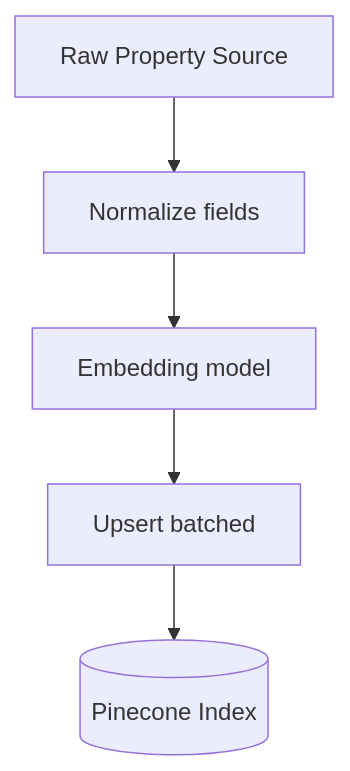
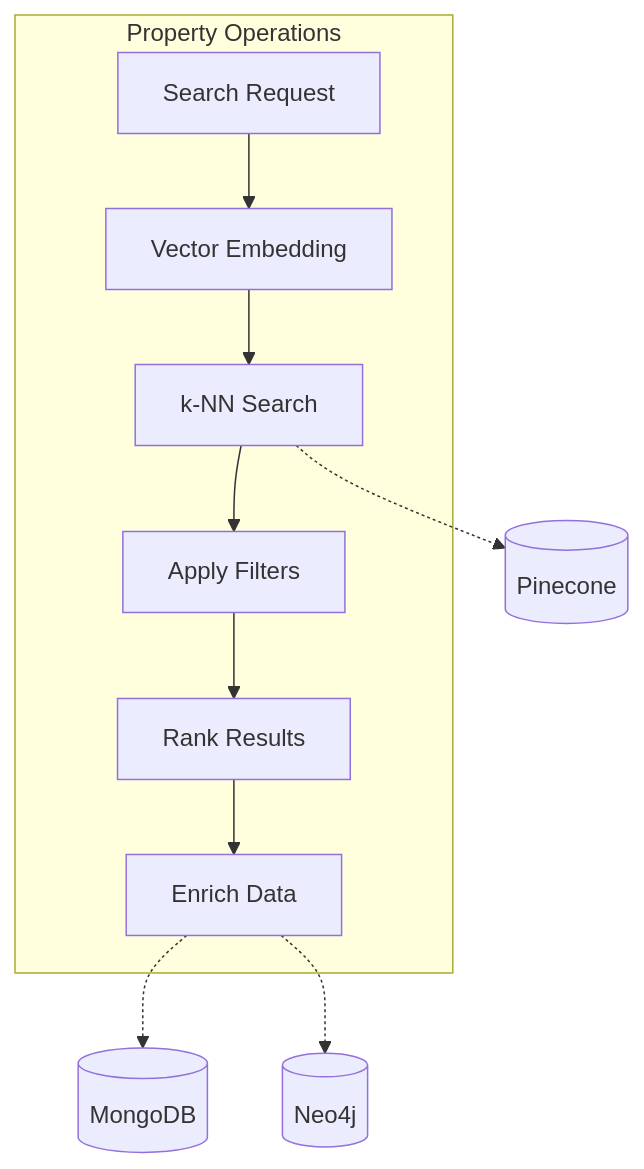
One commit to joonseolee/EstateWise-Chapel-Hill-Chatbot changed the fourth of 27 diagrams in ARCHITECTURE.md. Above: the diagram before and after it, drawn with Mermaid. The commit also changed other lines of this file and 2 other files, not shown here.

````diff
--- a/ARCHITECTURE.md
+++ b/ARCHITECTURE.md
@@ -139,7 +222,21 @@
 ```mermaid
 flowchart TD
-  Raw[Raw Property Source] --> Clean[Normalize fields]
-  Clean --> Embed[Embedding model]
-  Embed --> Upsert[Upsert batched]
-  Upsert --> Pinecone[(Pinecone Index)]
+  subgraph "Property Operations"
+    Search[Search Request]
+    Vector[Vector Embedding]
+    KNN[k-NN Search]
+    Filter[Apply Filters]
+    Rank[Rank Results]
+    Enrich[Enrich Data]
+  end
+
+  Search --> Vector
+  Vector --> KNN
+  KNN --> Filter
+  Filter --> Rank
+  Rank --> Enrich
+
+  KNN -.-> Pinecone[(Pinecone)]
+  Enrich -.-> MongoDB[(MongoDB)]
+  Enrich -.-> Neo4j[(Neo4j)]
 ```
````
